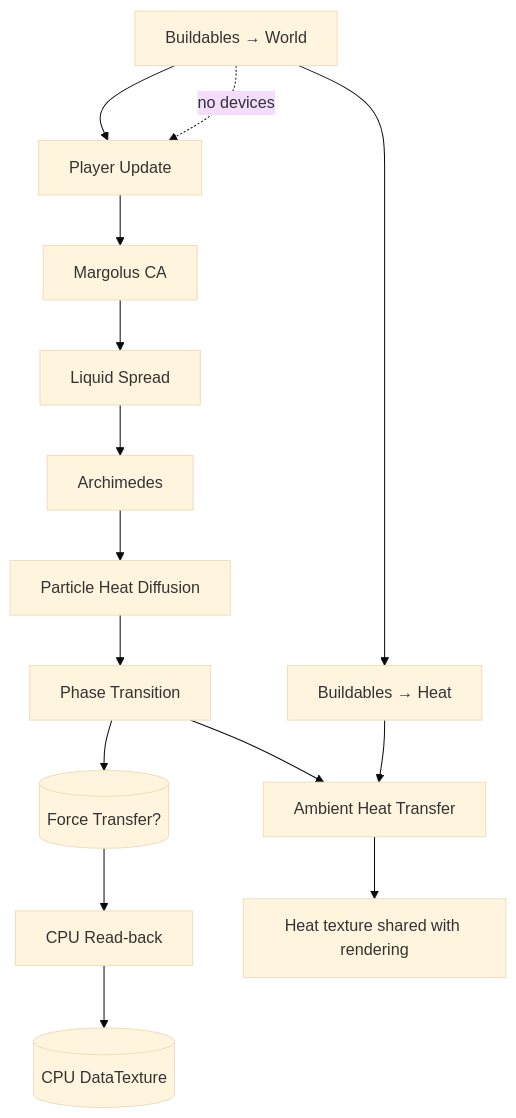
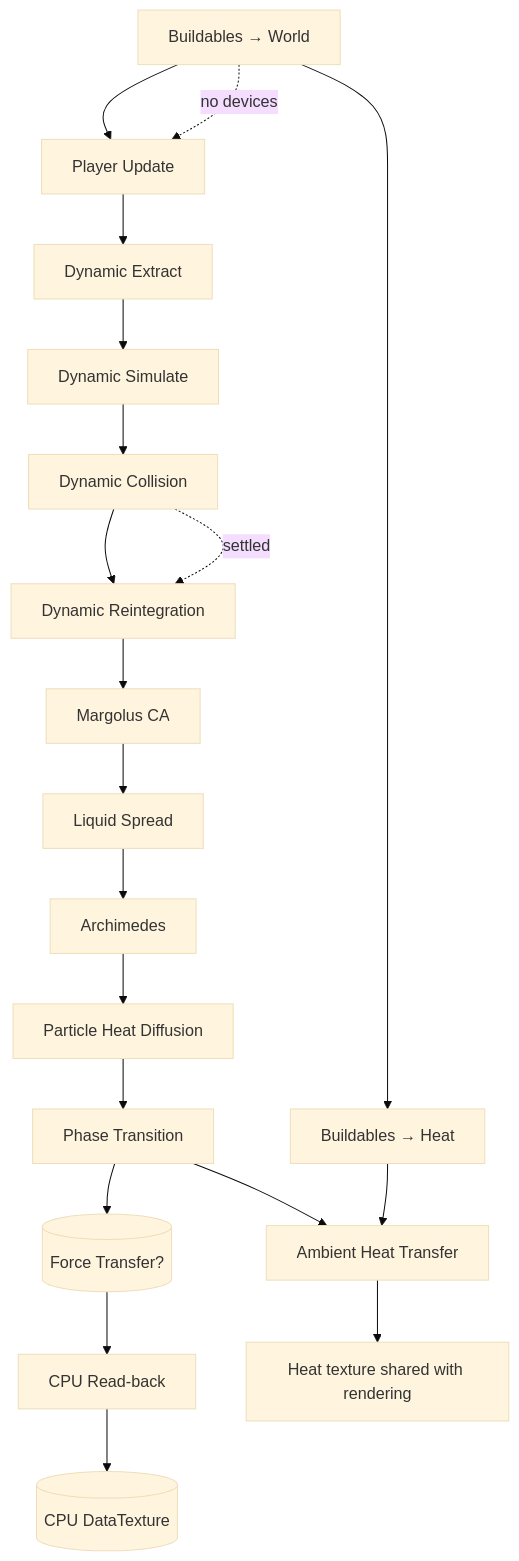
Before and after one commit to gurbano/sandymarton: the diagram in docs/simulation.md, drawn with Mermaid (base theme). The commit also changed other lines of this file and 5 other files, not shown here.

````diff
--- a/docs/simulation.md
+++ b/docs/simulation.md
@@ -7,17 +7,22 @@
 ```mermaid
 flowchart TD
   BW[Buildables → World] --> Player[Player Update]
   BW -. no devices .-> Player
-  Player --> Margolus
+  Player --> DynExtract[Dynamic Extract]
+  DynExtract --> DynSim[Dynamic Simulate]
+  DynSim --> DynColl[Dynamic Collision]
+  DynColl --> DynReint[Dynamic Reintegration]
+  DynReint --> Margolus
   Margolus[Margolus CA] --> Liquid[Liquid Spread]
     Liquid --> Archimedes
     Archimedes --> ParticleHeat[Particle Heat Diffusion]
     ParticleHeat --> Phase[Phase Transition]
     Phase --> Force[(Force Transfer?)]
     Force --> Readback[CPU Read-back]
     BW --> HeatBuildables[Buildables → Heat]
     HeatBuildables --> Ambient[Ambient Heat Transfer]
     Phase --> Ambient
   Ambient --> Post[Heat texture shared with rendering]
+    DynColl -. settled .-> DynReint
     Readback --> CPUTexture[(CPU DataTexture)]
 ```
````
